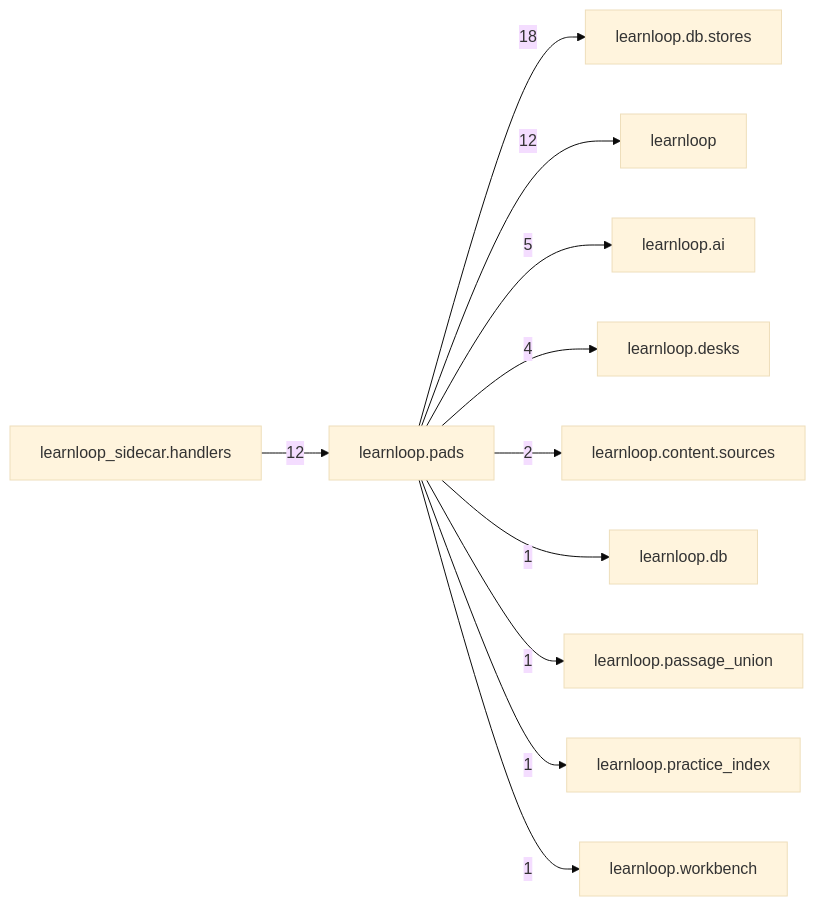
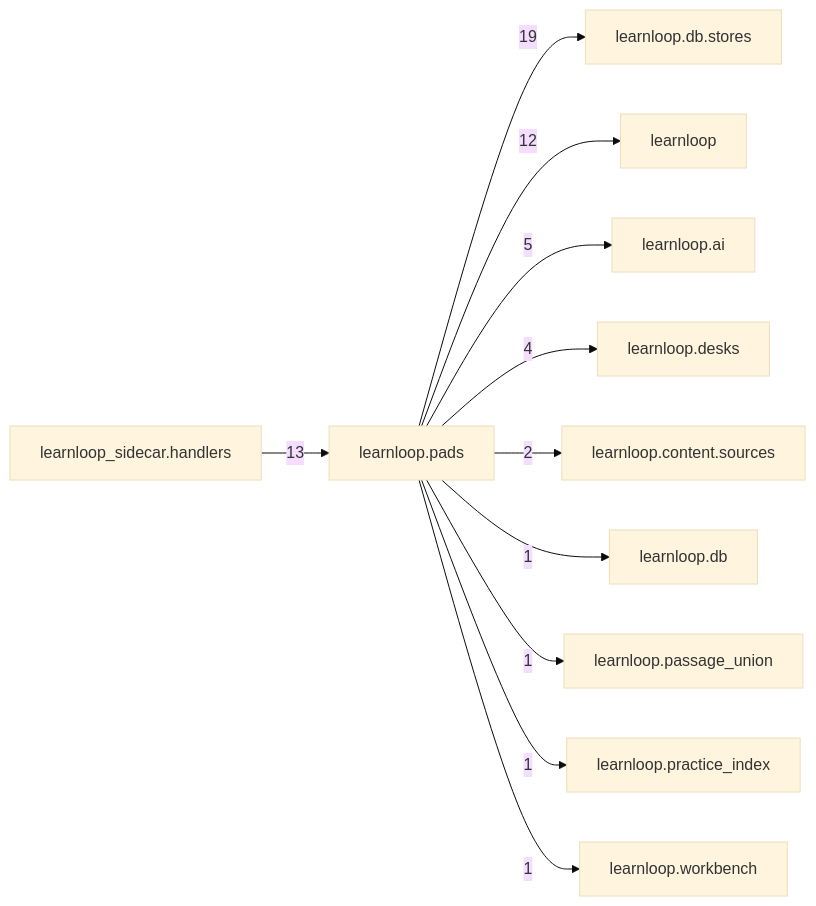
Before and after one commit to 6up-b/learnanything: the diagram in docs/learnloop-architecture-vault/Reference/Modules/learnloop/pads/_package.md, drawn with Mermaid (base theme). The commit also changed other lines of this file and 201 other files, not shown here.

````diff
--- a/docs/learnloop-architecture-vault/Reference/Modules/learnloop/pads/_package.md
+++ b/docs/learnloop-architecture-vault/Reference/Modules/learnloop/pads/_package.md
@@ -90,24 +92,24 @@
 ```mermaid
 flowchart LR
     center["learnloop.pads"]
     n_learnloop_db_stores["learnloop.db.stores"]
+    n_learnloop_sidecar_handlers["learnloop_sidecar.handlers"]
     n_learnloop["learnloop"]
-    n_learnloop_sidecar_handlers["learnloop_sidecar.handlers"]
     n_learnloop_ai["learnloop.ai"]
     n_learnloop_desks["learnloop.desks"]
     n_learnloop_content_sources["learnloop.content.sources"]
     n_learnloop_db["learnloop.db"]
     n_learnloop_passage_union["learnloop.passage_union"]
     n_learnloop_practice_index["learnloop.practice_index"]
     n_learnloop_workbench["learnloop.workbench"]
-    center -->|18| n_learnloop_db_stores
+    center -->|19| n_learnloop_db_stores
+    n_learnloop_sidecar_handlers -->|13| center
     center -->|12| n_learnloop
-    n_learnloop_sidecar_handlers -->|12| center
     center -->|5| n_learnloop_ai
     center -->|4| n_learnloop_desks
     center -->|2| n_learnloop_content_sources
     center -->|1| n_learnloop_db
     center -->|1| n_learnloop_passage_union
     center -->|1| n_learnloop_practice_index
     center -->|1| n_learnloop_workbench
 ```
````
